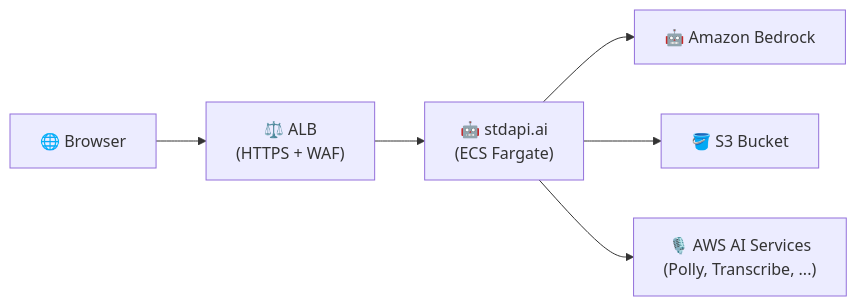
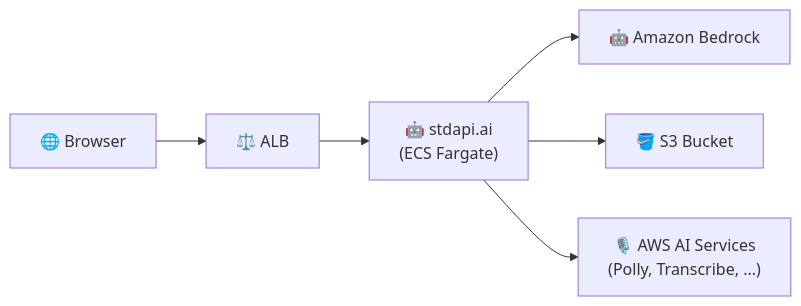
Before and after one commit to stdapi-ai/samples: the diagram in getting_started_production/README.md, drawn with Mermaid. The commit also changed other lines of this file and 1 other file, not shown here.

First line of the commit message:
Disable WAF by default in minimal Terraform configuration sample

````diff
--- a/getting_started_production/README.md
+++ b/getting_started_production/README.md
@@ -95,7 +95,7 @@
 ```mermaid
 flowchart LR
-  Browser["🌐 Browser"] --> ALB["⚖️ ALB<br/>(HTTPS + WAF)"] --> Stdapi["🤖 stdapi.ai<br/>(ECS Fargate)"]
+  Browser["🌐 Browser"] --> ALB["⚖️ ALB"] --> Stdapi["🤖 stdapi.ai<br/>(ECS Fargate)"]
   Stdapi --> Bedrock["🤖 Amazon Bedrock"]
   Stdapi --> S3["🪣 S3 Bucket"]
   Stdapi --> AIServices["🎙️ AWS AI Services<br/>(Polly, Transcribe, ...)"]
 ```
````
